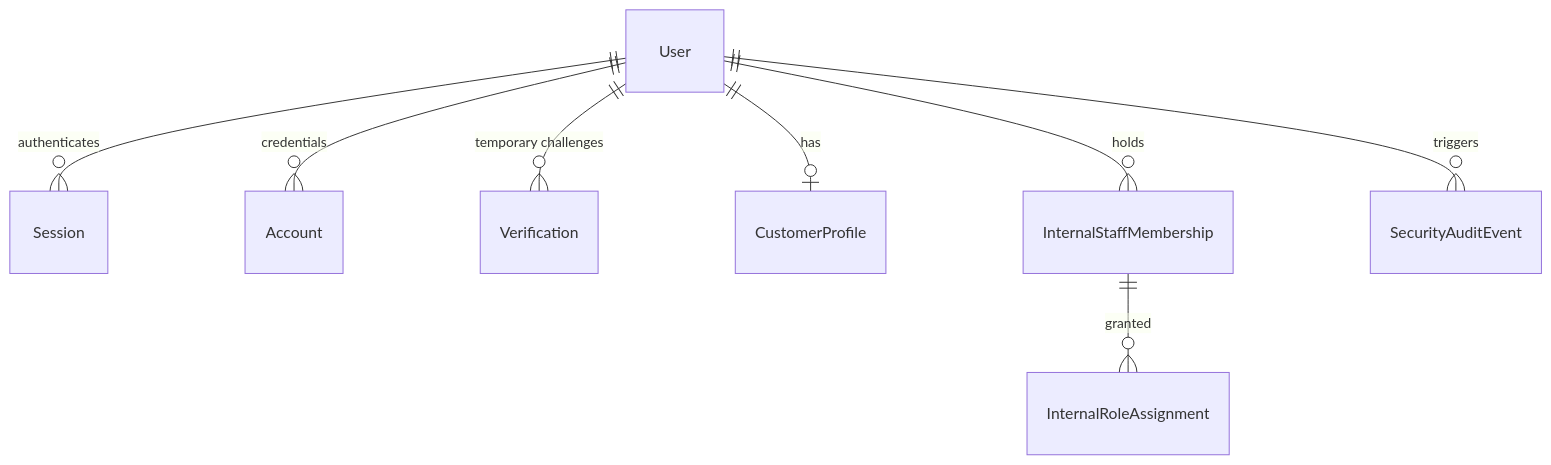
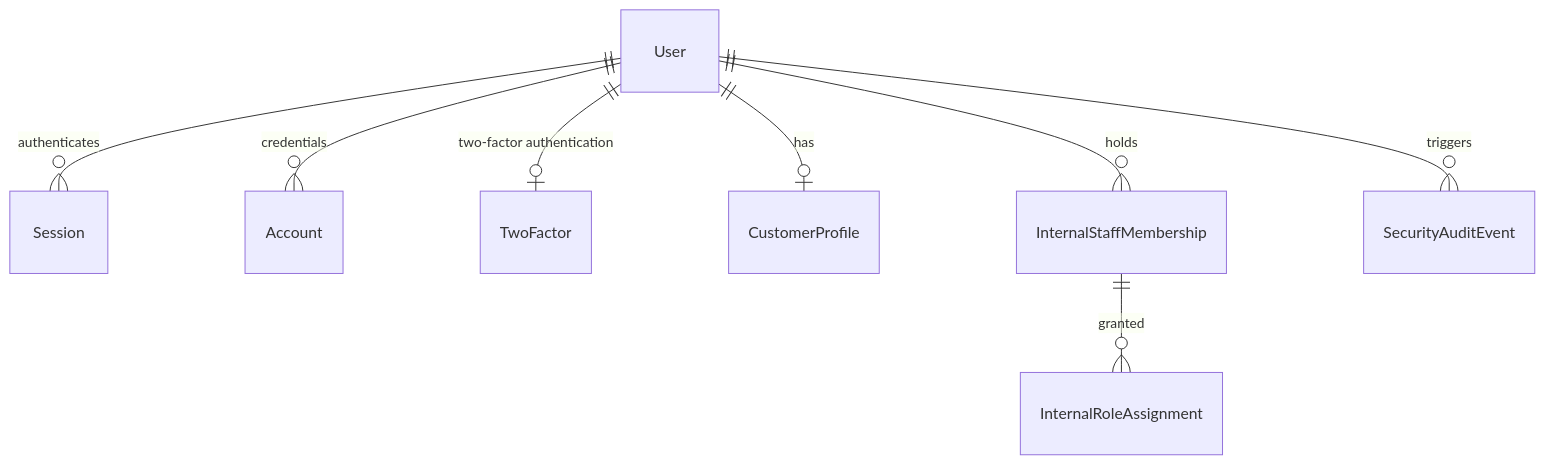
Before and after one commit to MohamedHanyAhmed/waffarhacars: the first of 2 diagrams in docs/14-identity-authentication-adr.md, drawn with Mermaid. The commit also changed other lines of this file and 1 other file, not shown here.

Commit message:
docs: refine ADR 14 identity and authentication architecture

````diff
--- a/docs/14-identity-authentication-adr.md
+++ b/docs/14-identity-authentication-adr.md
@@ -121,11 +136,11 @@
 ```mermaid
 erDiagram
     User ||--o{ Session : "authenticates"
     User ||--o{ Account : "credentials"
-    User ||--o{ Verification : "temporary challenges"
+    User ||--o| TwoFactor : "two-factor authentication"
 
     User ||--o| CustomerProfile : "has"
     User ||--o{ InternalStaffMembership : "holds"
     InternalStaffMembership ||--o{ InternalRoleAssignment : "granted"
     User ||--o{ SecurityAuditEvent : "triggers"
 ```
````
